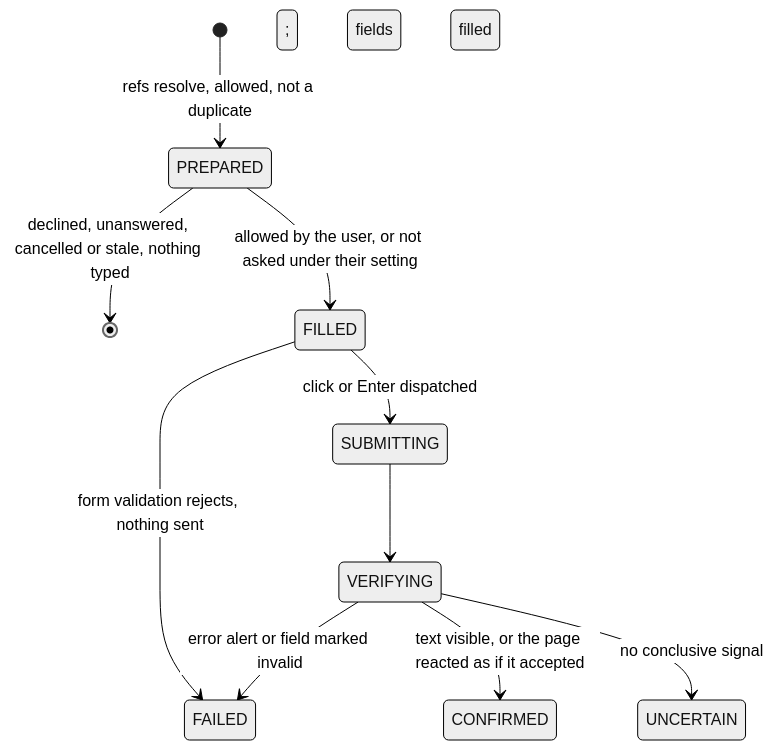
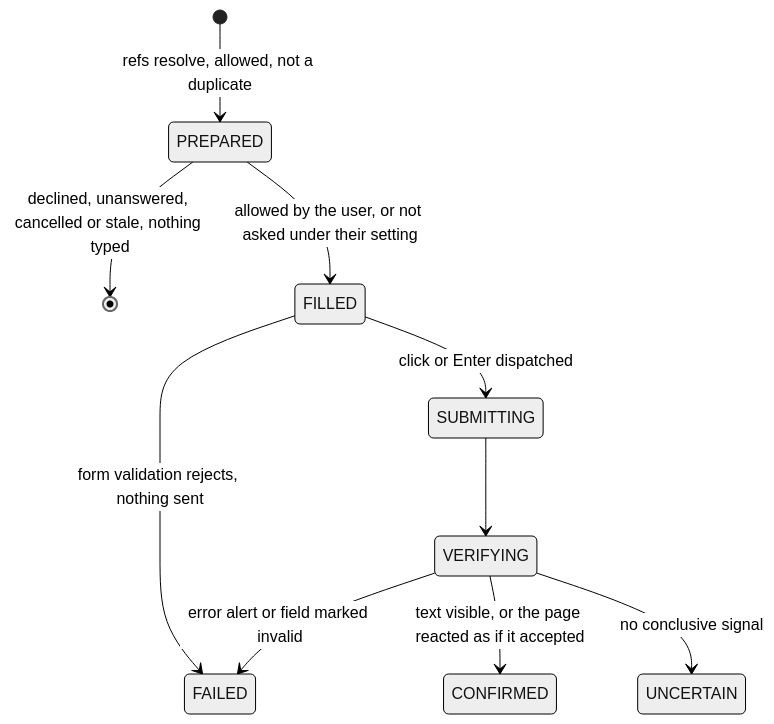
Before and after one commit to LaughingManCommits/TabGoblin: the fifth of 6 diagrams in docs/architecture.md, drawn with Mermaid (neutral theme).

Commit message:
The submission's state diagram: a semicolon in a label made three states of its own
Mermaid reads a semicolon as the end of a statement, so the label
"… under their setting; fields filled" drew the states ";", "fields"
and "filled" above the diagram. The label ends before it now. No other
Mermaid diagram has a semicolon in it.

````diff
--- a/docs/architecture.md
+++ b/docs/architecture.md
@@ -364,12 +364,12 @@
 ```mermaid
 stateDiagram-v2
   [*] --> PREPARED: refs resolve, allowed, not a duplicate
   PREPARED --> [*]: declined, unanswered, cancelled or stale, nothing typed
-  PREPARED --> FILLED: allowed by the user, or not asked under their setting; fields filled
+  PREPARED --> FILLED: allowed by the user, or not asked under their setting
   FILLED --> FAILED: form validation rejects, nothing sent
   FILLED --> SUBMITTING: click or Enter dispatched
   SUBMITTING --> VERIFYING
   VERIFYING --> CONFIRMED: text visible, or the page reacted as if it accepted
   VERIFYING --> FAILED: error alert or field marked invalid
   VERIFYING --> UNCERTAIN: no conclusive signal
 ```
````
